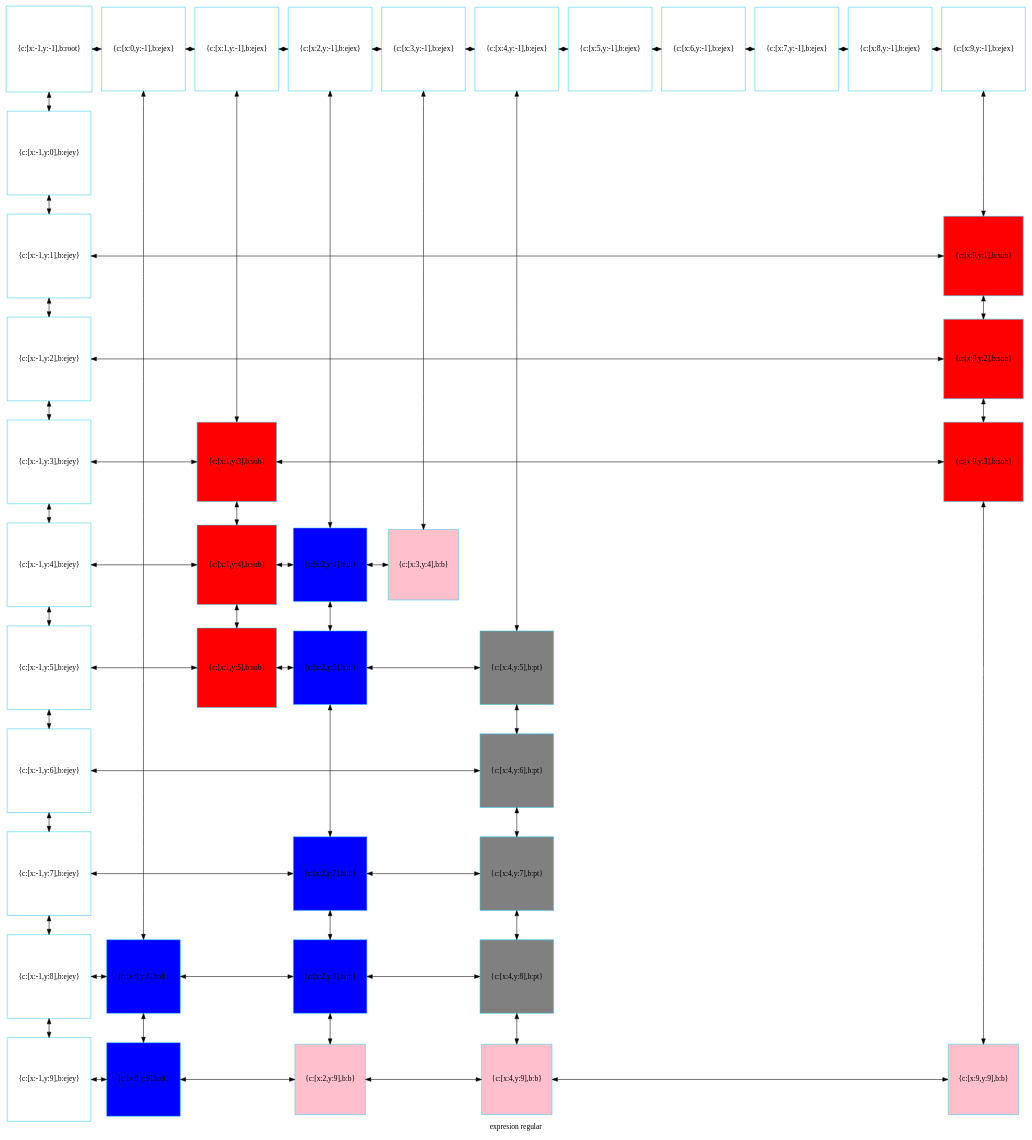
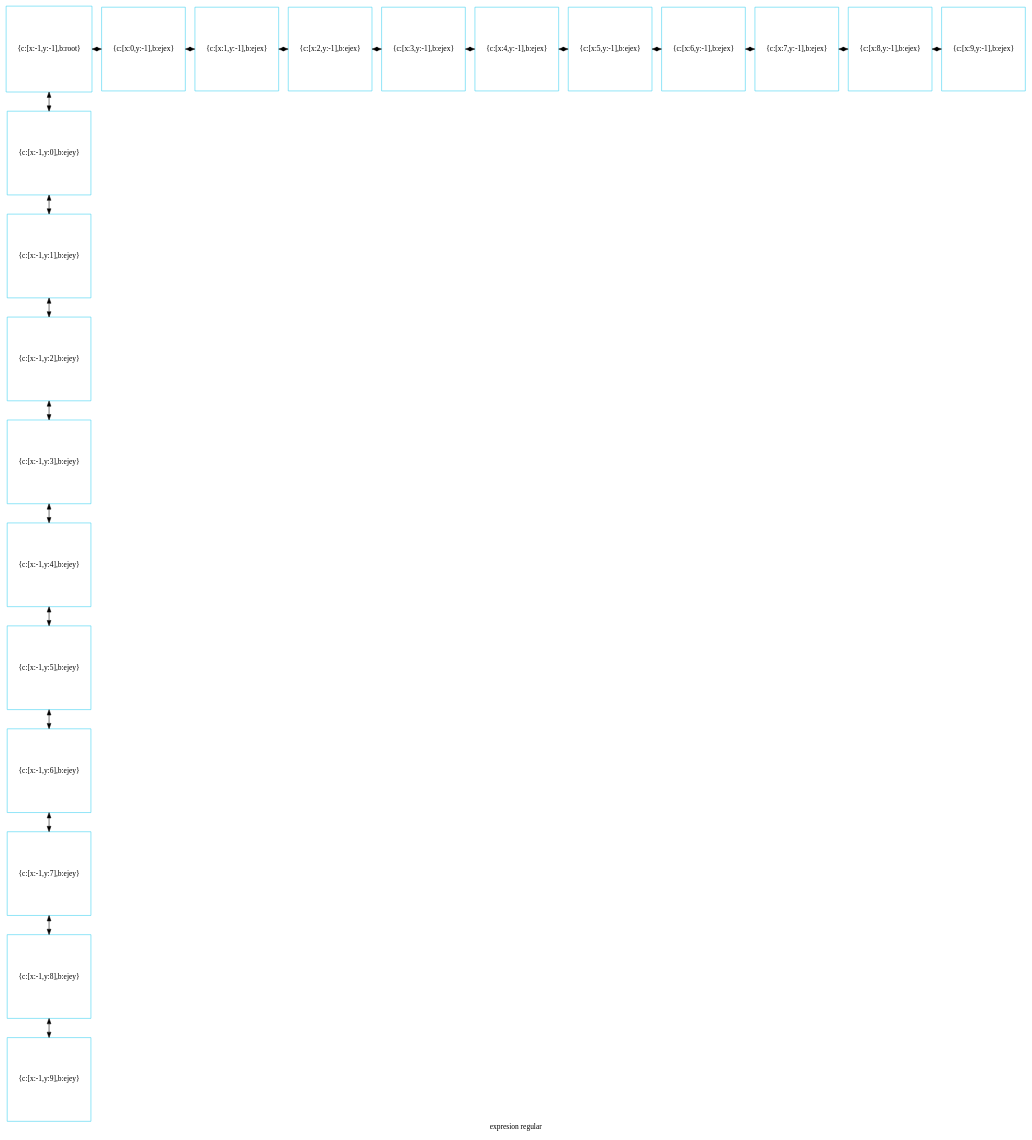
The diagram in mitablero.dot (betebetoven/EDDS2F2), drawn with Graphviz before and after one commit. The commit also changed 35 other files, not shown here.

```diff
--- a/mitablero.dot
+++ b/mitablero.dot
@@ -1,121 +1,61 @@
 digraph G
 {label="expresion regular"
         node[shape = square]
         node[style = filled]
         node[fillcolor = "#EEEEE"]
         node[color = "#EEEEE"]
         node[color = "#31CEF0"]
 
-2268186046672[label="{c:[x:-1,y:-1],b:root}",fillcolor = "white"]
-2268186046816[label="{c:[x:0,y:-1],b:ejex}",fillcolor = "white"]
-2268186046960[label="{c:[x:1,y:-1],b:ejex}",fillcolor = "white"]
-2268186047104[label="{c:[x:2,y:-1],b:ejex}",fillcolor = "white"]
-2268186047248[label="{c:[x:3,y:-1],b:ejex}",fillcolor = "white"]
-2268186047392[label="{c:[x:4,y:-1],b:ejex}",fillcolor = "white"]
-2268186047536[label="{c:[x:5,y:-1],b:ejex}",fillcolor = "white"]
-2268186047680[label="{c:[x:6,y:-1],b:ejex}",fillcolor = "white"]
-2268186047824[label="{c:[x:7,y:-1],b:ejex}",fillcolor = "white"]
-2268186047968[label="{c:[x:8,y:-1],b:ejex}",fillcolor = "white"]
-2268186048112[label="{c:[x:9,y:-1],b:ejex}",fillcolor = "white"]
-2268186048256[label="{c:[x:-1,y:0],b:ejey}",fillcolor = "white"]
-2268186048400[label="{c:[x:-1,y:1],b:ejey}",fillcolor = "white"]
-2268186067632[label="{c:[x:9,y:1],b:sub}",fillcolor = "red"]
-2268186048544[label="{c:[x:-1,y:2],b:ejey}",fillcolor = "white"]
-2268186067968[label="{c:[x:9,y:2],b:sub}",fillcolor = "red"]
-2268186048688[label="{c:[x:-1,y:3],b:ejey}",fillcolor = "white"]
-2268186068640[label="{c:[x:1,y:3],b:sub}",fillcolor = "red"]
-2268186068304[label="{c:[x:9,y:3],b:sub}",fillcolor = "red"]
-2268186048832[label="{c:[x:-1,y:4],b:ejey}",fillcolor = "white"]
-2268186068976[label="{c:[x:1,y:4],b:sub}",fillcolor = "red"]
-2268186070992[label="{c:[x:2,y:4],b:dt}",fillcolor = "blue"]
-2268186071664[label="{c:[x:3,y:4],b:b}",fillcolor = "pink"]
-2268186048976[label="{c:[x:-1,y:5],b:ejey}",fillcolor = "white"]
-2268186069312[label="{c:[x:1,y:5],b:sub}",fillcolor = "red"]
-2268186071328[label="{c:[x:2,y:5],b:dt}",fillcolor = "blue"]
-2268186050080[label="{c:[x:4,y:5],b:pt}",fillcolor = "gray"]
-2268186049120[label="{c:[x:-1,y:6],b:ejey}",fillcolor = "white"]
-2268186050176[label="{c:[x:4,y:6],b:pt}",fillcolor = "gray"]
-2268186049264[label="{c:[x:-1,y:7],b:ejey}",fillcolor = "white"]
-2268186070032[label="{c:[x:2,y:7],b:dt}",fillcolor = "blue"]
-2268186049936[label="{c:[x:4,y:7],b:pt}",fillcolor = "gray"]
-2268186049408[label="{c:[x:-1,y:8],b:ejey}",fillcolor = "white"]
-2268186069936[label="{c:[x:0,y:8],b:dt}",fillcolor = "blue"]
-2268186070656[label="{c:[x:2,y:8],b:dt}",fillcolor = "blue"]
-2268186067296[label="{c:[x:4,y:8],b:pt}",fillcolor = "gray"]
-2268186049552[label="{c:[x:-1,y:9],b:ejey}",fillcolor = "white"]
-2268186069792[label="{c:[x:0,y:9],b:dt}",fillcolor = "blue"]
-2268186072000[label="{c:[x:2,y:9],b:b}",fillcolor = "pink"]
-2268186072672[label="{c:[x:4,y:9],b:b}",fillcolor = "pink"]
-2268186072336[label="{c:[x:9,y:9],b:b}",fillcolor = "pink"]
-2268186046672->2268186048256[dir = both];
-2268186048256->2268186048400[dir = both];
-2268186048400->2268186048544[dir = both];
-2268186048544->2268186048688[dir = both];
-2268186048688->2268186048832[dir = both];
-2268186048832->2268186048976[dir = both];
-2268186048976->2268186049120[dir = both];
-2268186049120->2268186049264[dir = both];
-2268186049264->2268186049408[dir = both];
-2268186049408->2268186049552[dir = both];
-2268186046816->2268186069936[dir = both];
-2268186069936->2268186069792[dir = both];
-2268186046960->2268186068640[dir = both];
-2268186068640->2268186068976[dir = both];
-2268186068976->2268186069312[dir = both];
-2268186047104->2268186070992[dir = both];
-2268186070992->2268186071328[dir = both];
-2268186071328->2268186070032[dir = both];
-2268186070032->2268186070656[dir = both];
-2268186070656->2268186072000[dir = both];
-2268186047248->2268186071664[dir = both];
-2268186047392->2268186050080[dir = both];
-2268186050080->2268186050176[dir = both];
-2268186050176->2268186049936[dir = both];
-2268186049936->2268186067296[dir = both];
-2268186067296->2268186072672[dir = both];
-2268186048112->2268186067632[dir = both];
-2268186067632->2268186067968[dir = both];
-2268186067968->2268186068304[dir = both];
-2268186068304->2268186072336[dir = both];
-2268186046672->2268186046816[dir = both];
-2268186046816->2268186046960[dir = both];
-2268186046960->2268186047104[dir = both];
-2268186047104->2268186047248[dir = both];
-2268186047248->2268186047392[dir = both];
-2268186047392->2268186047536[dir = both];
-2268186047536->2268186047680[dir = both];
-2268186047680->2268186047824[dir = both];
-2268186047824->2268186047968[dir = both];
-2268186047968->2268186048112[dir = both];
-2268186048400->2268186067632[constraint=false,dir = both];
-2268186048544->2268186067968[constraint=false,dir = both];
-2268186048688->2268186068640[constraint=false,dir = both];
-2268186068640->2268186068304[constraint=false,dir = both];
-2268186048832->2268186068976[constraint=false,dir = both];
-2268186068976->2268186070992[constraint=false,dir = both];
-2268186070992->2268186071664[constraint=false,dir = both];
-2268186048976->2268186069312[constraint=false,dir = both];
-2268186069312->2268186071328[constraint=false,dir = both];
-2268186071328->2268186050080[constraint=false,dir = both];
-2268186049120->2268186050176[constraint=false,dir = both];
-2268186049264->2268186070032[constraint=false,dir = both];
-2268186070032->2268186049936[constraint=false,dir = both];
-2268186049408->2268186069936[constraint=false,dir = both];
-2268186069936->2268186070656[constraint=false,dir = both];
-2268186070656->2268186067296[constraint=false,dir = both];
-2268186049552->2268186069792[constraint=false,dir = both];
-2268186069792->2268186072000[constraint=false,dir = both];
-2268186072000->2268186072672[constraint=false,dir = both];
-2268186072672->2268186072336[constraint=false,dir = both];
- {rank=same; 2268186046672;2268186046816;2268186046960;2268186047104;2268186047248;2268186047392;2268186047536;2268186047680;2268186047824;2268186047968;2268186048112;}
- {rank=same; 2268186048256;}
- {rank=same; 2268186048400;2268186067632;}
- {rank=same; 2268186048544;2268186067968;}
- {rank=same; 2268186048688;2268186068640;2268186068304;}
- {rank=same; 2268186048832;2268186068976;2268186070992;2268186071664;}
- {rank=same; 2268186048976;2268186069312;2268186071328;2268186050080;}
- {rank=same; 2268186049120;2268186050176;}
- {rank=same; 2268186049264;2268186070032;2268186049936;}
- {rank=same; 2268186049408;2268186069936;2268186070656;2268186067296;}
- {rank=same; 2268186049552;2268186069792;2268186072000;2268186072672;2268186072336;}
+2390411920192[label="{c:[x:-1,y:-1],b:root}",fillcolor = "white"]
+2390411983456[label="{c:[x:0,y:-1],b:ejex}",fillcolor = "white"]
+2390411983600[label="{c:[x:1,y:-1],b:ejex}",fillcolor = "white"]
+2390411983744[label="{c:[x:2,y:-1],b:ejex}",fillcolor = "white"]
+2390411983888[label="{c:[x:3,y:-1],b:ejex}",fillcolor = "white"]
+2390411984032[label="{c:[x:4,y:-1],b:ejex}",fillcolor = "white"]
+2390411984176[label="{c:[x:5,y:-1],b:ejex}",fillcolor = "white"]
+2390411984320[label="{c:[x:6,y:-1],b:ejex}",fillcolor = "white"]
+2390411984464[label="{c:[x:7,y:-1],b:ejex}",fillcolor = "white"]
+2390411984608[label="{c:[x:8,y:-1],b:ejex}",fillcolor = "white"]
+2390411984752[label="{c:[x:9,y:-1],b:ejex}",fillcolor = "white"]
+2390412509248[label="{c:[x:-1,y:0],b:ejey}",fillcolor = "white"]
+2390412509392[label="{c:[x:-1,y:1],b:ejey}",fillcolor = "white"]
+2390412509536[label="{c:[x:-1,y:2],b:ejey}",fillcolor = "white"]
+2390412509680[label="{c:[x:-1,y:3],b:ejey}",fillcolor = "white"]
+2390412509824[label="{c:[x:-1,y:4],b:ejey}",fillcolor = "white"]
+2390412509968[label="{c:[x:-1,y:5],b:ejey}",fillcolor = "white"]
+2390412510112[label="{c:[x:-1,y:6],b:ejey}",fillcolor = "white"]
+2390412510256[label="{c:[x:-1,y:7],b:ejey}",fillcolor = "white"]
+2390412510400[label="{c:[x:-1,y:8],b:ejey}",fillcolor = "white"]
+2390412510544[label="{c:[x:-1,y:9],b:ejey}",fillcolor = "white"]
+2390411920192->2390412509248[dir = both];
+2390412509248->2390412509392[dir = both];
+2390412509392->2390412509536[dir = both];
+2390412509536->2390412509680[dir = both];
+2390412509680->2390412509824[dir = both];
+2390412509824->2390412509968[dir = both];
+2390412509968->2390412510112[dir = both];
+2390412510112->2390412510256[dir = both];
+2390412510256->2390412510400[dir = both];
+2390412510400->2390412510544[dir = both];
+2390411920192->2390411983456[dir = both];
+2390411983456->2390411983600[dir = both];
+2390411983600->2390411983744[dir = both];
+2390411983744->2390411983888[dir = both];
+2390411983888->2390411984032[dir = both];
+2390411984032->2390411984176[dir = both];
+2390411984176->2390411984320[dir = both];
+2390411984320->2390411984464[dir = both];
+2390411984464->2390411984608[dir = both];
+2390411984608->2390411984752[dir = both];
+ {rank=same; 2390411920192;2390411983456;2390411983600;2390411983744;2390411983888;2390411984032;2390411984176;2390411984320;2390411984464;2390411984608;2390411984752;}
+ {rank=same; 2390412509248;}
+ {rank=same; 2390412509392;}
+ {rank=same; 2390412509536;}
+ {rank=same; 2390412509680;}
+ {rank=same; 2390412509824;}
+ {rank=same; 2390412509968;}
+ {rank=same; 2390412510112;}
+ {rank=same; 2390412510256;}
+ {rank=same; 2390412510400;}
+ {rank=same; 2390412510544;}
 }
```
